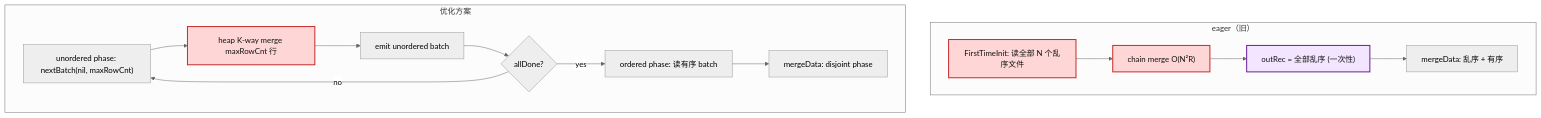
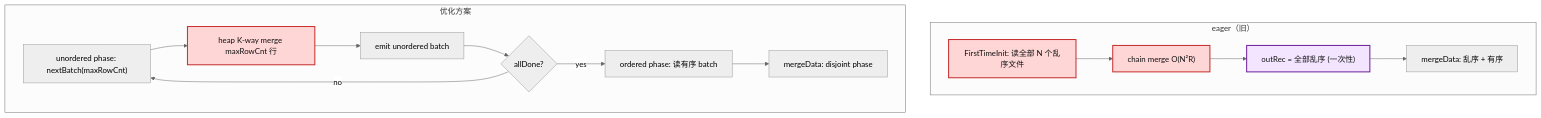
The sixth of 8 diagrams in tsmMergeCursor_unordered_merge_proposal.md (zhiwangdu/openGemini), drawn with Mermaid (neutral theme) before and after one commit. The commit also changed other lines of this file and 6 other files, not shown here.

````diff
--- a/tsmMergeCursor_unordered_merge_proposal.md
+++ b/tsmMergeCursor_unordered_merge_proposal.md
@@ -359,22 +358,22 @@
 ```mermaid
 flowchart TD
     subgraph OLD["eager（旧）"]
         OB["FirstTimeInit: 读全部 N 个乱序文件"] --> OC["chain merge O(N²R)"]
         OC --> OD["outRec = 全部乱序 (一次性)"]
         OD --> OE["mergeData: 乱序 + 有序"]
     end
     subgraph NEW["优化方案"]
-        NB["unordered phase: nextBatch(nil, maxRowCnt)"] --> NC["heap K-way merge maxRowCnt 行"]
+        NB["unordered phase: nextBatch(maxRowCnt)"] --> NC["heap K-way merge maxRowCnt 行"]
         NC --> ND["emit unordered batch"]
         ND --> NE{"allDone?"}
         NE -- "no" --> NB
         NE -- "yes" --> NF["ordered phase: 读有序 batch"]
         NF --> NG["mergeData: disjoint phase"]
     end
     OB:::hot
     OC:::hot
     OD:::mem
     NC:::hot
     classDef hot fill:#ffd6d6,stroke:#c62828,stroke-width:2px,color:#111;
     classDef mem fill:#f3e5ff,stroke:#6a1b9a,stroke-width:2px,color:#111;
 ```
````
